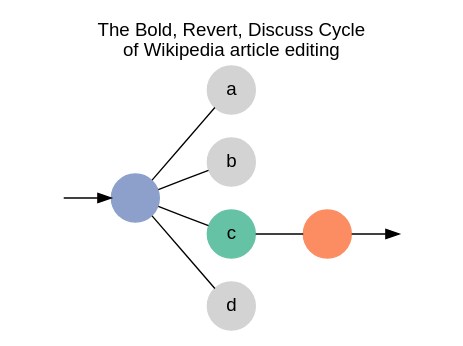
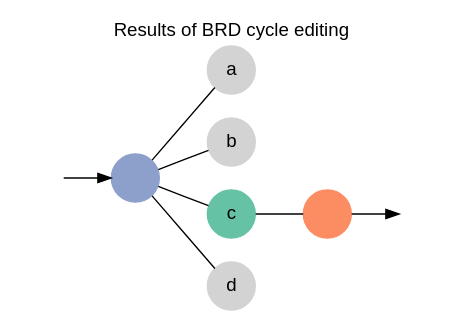
The diagram in wikischolarlib/inst/extdata/edit-tree.gv (evoapps/wikischolar), drawn with Graphviz before and after one commit. The commit also changed 1 other file, not shown here.

Commit message:
Made two figs for BRD multipanel

```diff
--- a/wikischolarlib/inst/extdata/edit-tree.gv
+++ b/wikischolarlib/inst/extdata/edit-tree.gv
@@ -1,27 +1,27 @@
 digraph {
-    label="The Bold, Revert, Discuss Cycle\nof Wikipedia article editing";
+    label="Results of BRD cycle editing";
     fontname=Helvetica;
     labelloc=t;
     rankdir = LR;
     node[shape=circle; fontname=helvetica, style=filled, color="lightgray"];
     edge[dir=none];
 
     x -> y[dir=forward];
     y -> {a, b, c, d};
     c -> z;
     z -> o[dir=forward];
 
     x[style=invis];
     y[label=""];
     z[label=""];
     o[style=invis];
 
     // Parent
     y[fillcolor="#8da0cb", color="#8da0cb"];
 
     // Selected
     c[fillcolor="#66c2a5", color="#66c2a5"];
 
     // Extant
     z[fillcolor="#fc8d62", color="#fc8d62"];
 }
```
